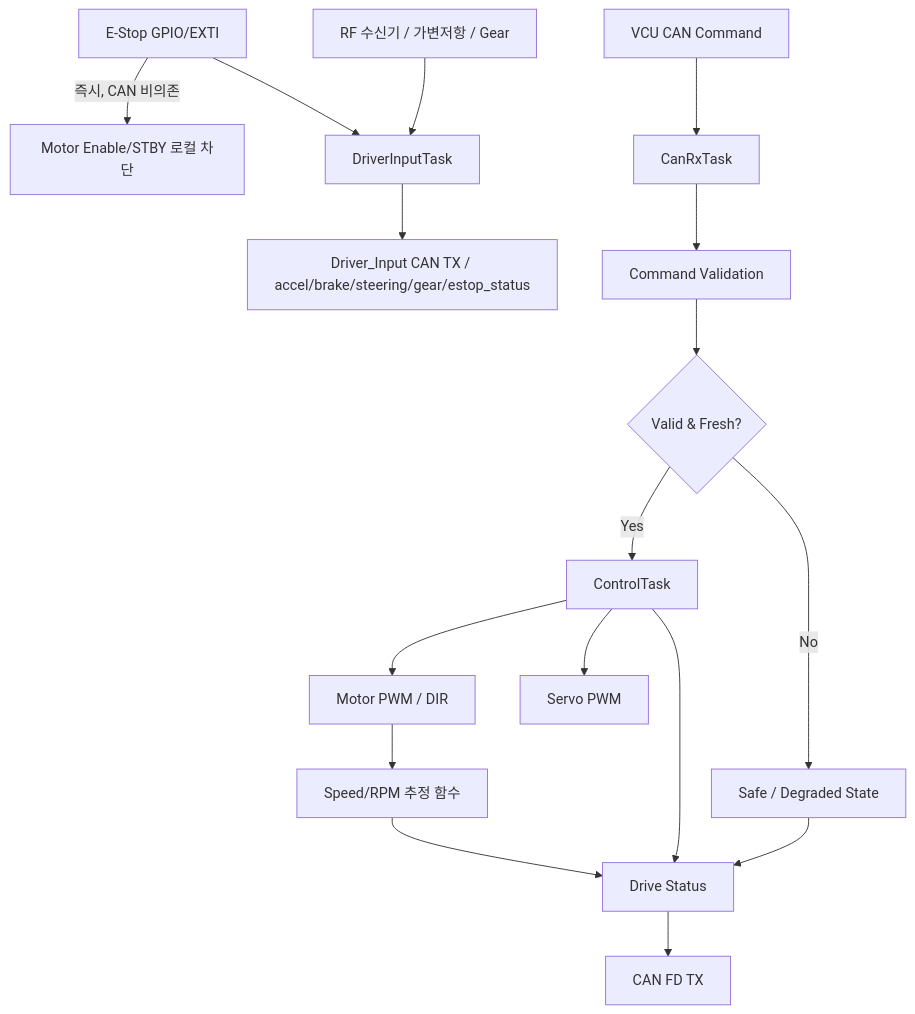
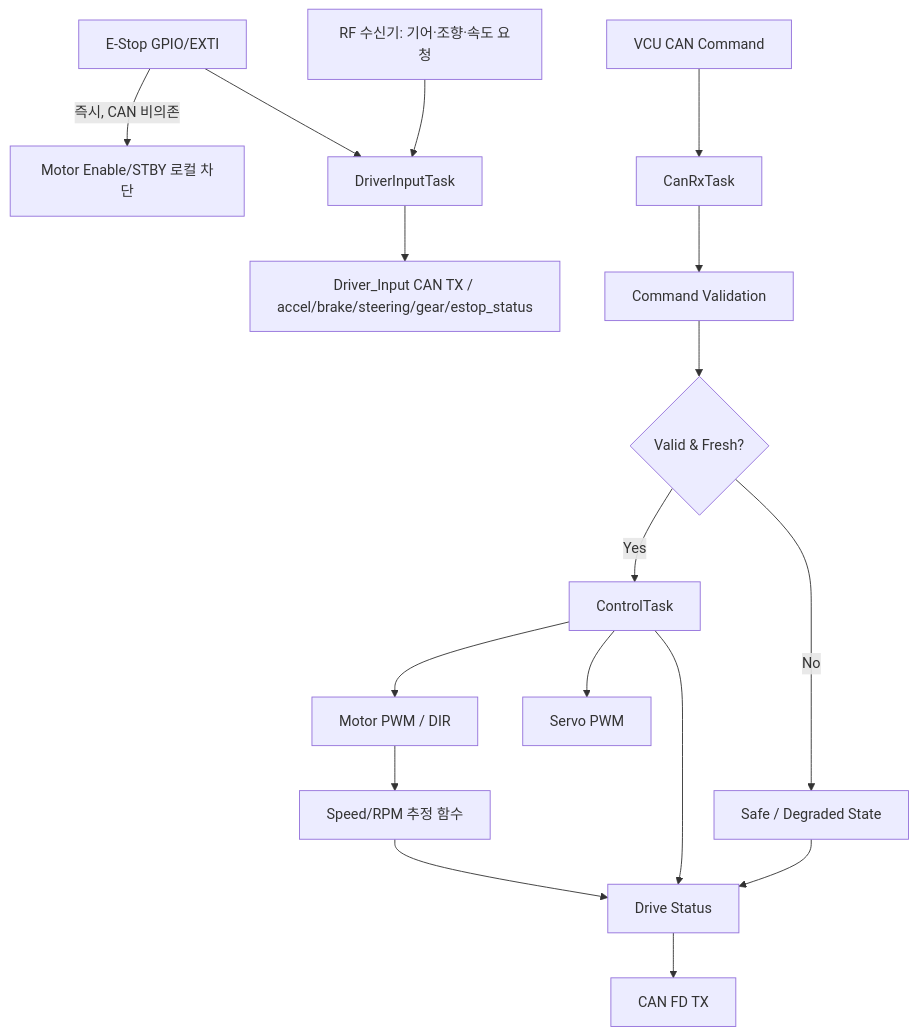
One commit to sunmaan22/SDV_MCU_Project changed the diagram in docs/ecus/Motor_Steering_Control/SPECIFICATION.md. Above: the diagram before and after it, drawn with Mermaid. The commit also changed other lines of this file and 13 other files, not shown here.

First line of the commit message:
docs: plan C driver input over nRF24L01 SPI

````diff
--- a/docs/ecus/Motor_Steering_Control/SPECIFICATION.md
+++ b/docs/ecus/Motor_Steering_Control/SPECIFICATION.md
@@ -139,22 +142,22 @@
 ```mermaid
 flowchart TD
     ESTOP["E-Stop GPIO/EXTI"] -->|"즉시, CAN 비의존"| ESACT["Motor Enable/STBY 로컬 차단"]
     ESTOP --> DI
 
-    RF["RF 수신기 / 가변저항 / Gear"] --> DI["DriverInputTask"]
+    RF["RF 수신기: 기어·조향·속도 요청"] --> DI["DriverInputTask"]
     DI --> DIPUB["Driver_Input CAN TX / accel/brake/steering/gear/estop_status"]
 
     A["VCU CAN Command"] --> B["CanRxTask"]
     B --> C["Command Validation"]
     C --> D{Valid & Fresh?}
     D -->|"No"| E["Safe / Degraded State"]
     D -->|"Yes"| F["ControlTask"]
 
     F --> M["Motor PWM / DIR"]
     F --> S["Servo PWM"]
     M --> EST["Speed/RPM 추정 함수"]
     EST --> ST["Drive Status"]
     F --> ST
     E --> ST
     ST --> CAN["CAN FD TX"]
 ```
````
